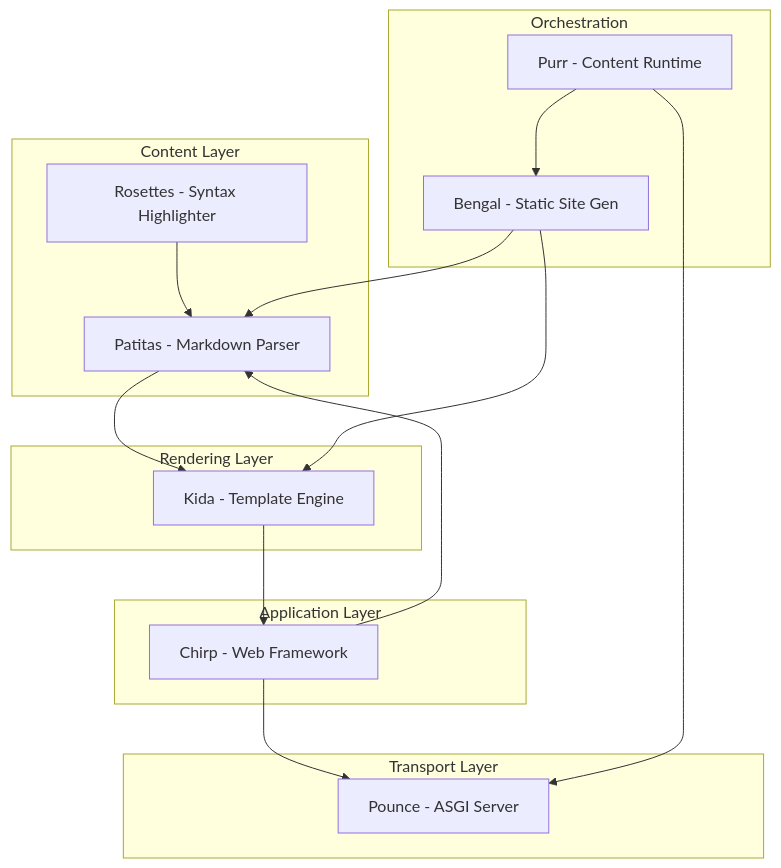
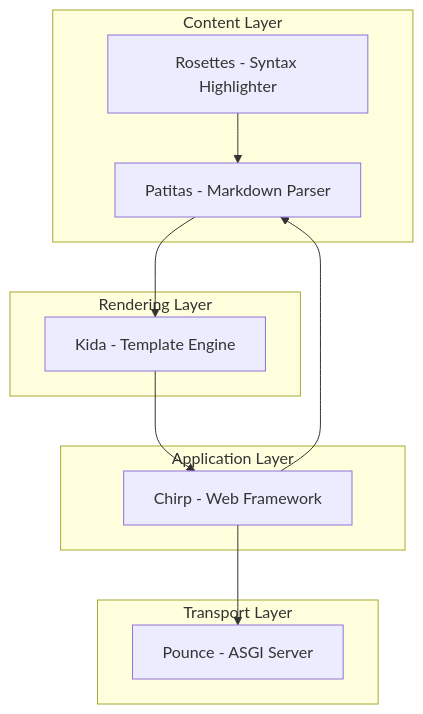
Before and after one commit to lbliii/kida: the diagram in site/content/docs/about/ecosystem.md, drawn with Mermaid. The commit also changed other lines of this file and 34 other files, not shown here.

````diff
--- a/site/content/docs/about/ecosystem.md
+++ b/site/content/docs/about/ecosystem.md
@@ -29,34 +31,25 @@
 ```mermaid
 flowchart TB
     subgraph contentLayer [Content Layer]
         Patitas[Patitas - Markdown Parser]
         Rosettes[Rosettes - Syntax Highlighter]
     end
 
     subgraph renderLayer [Rendering Layer]
         Kida[Kida - Template Engine]
     end
 
     subgraph appLayer [Application Layer]
         Chirp[Chirp - Web Framework]
     end
 
     subgraph transportLayer [Transport Layer]
         Pounce[Pounce - ASGI Server]
     end
 
-    subgraph orchestrationLayer [Orchestration]
-        Bengal[Bengal - Static Site Gen]
-        Purr[Purr - Content Runtime]
-    end
-
     Rosettes --> Patitas
     Patitas --> Kida
     Kida --> Chirp
     Chirp --> Pounce
     Chirp --> Patitas
-    Bengal --> Patitas
-    Bengal --> Kida
-    Purr --> Pounce
-    Purr --> Bengal
 ```
````
